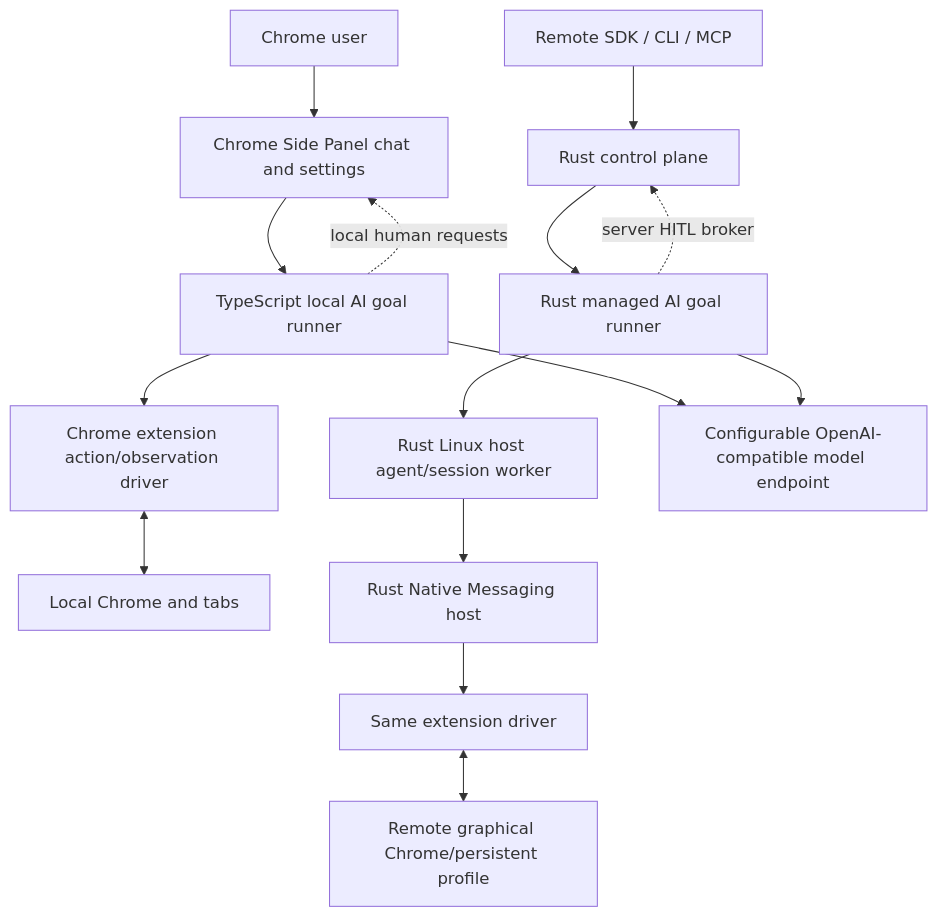
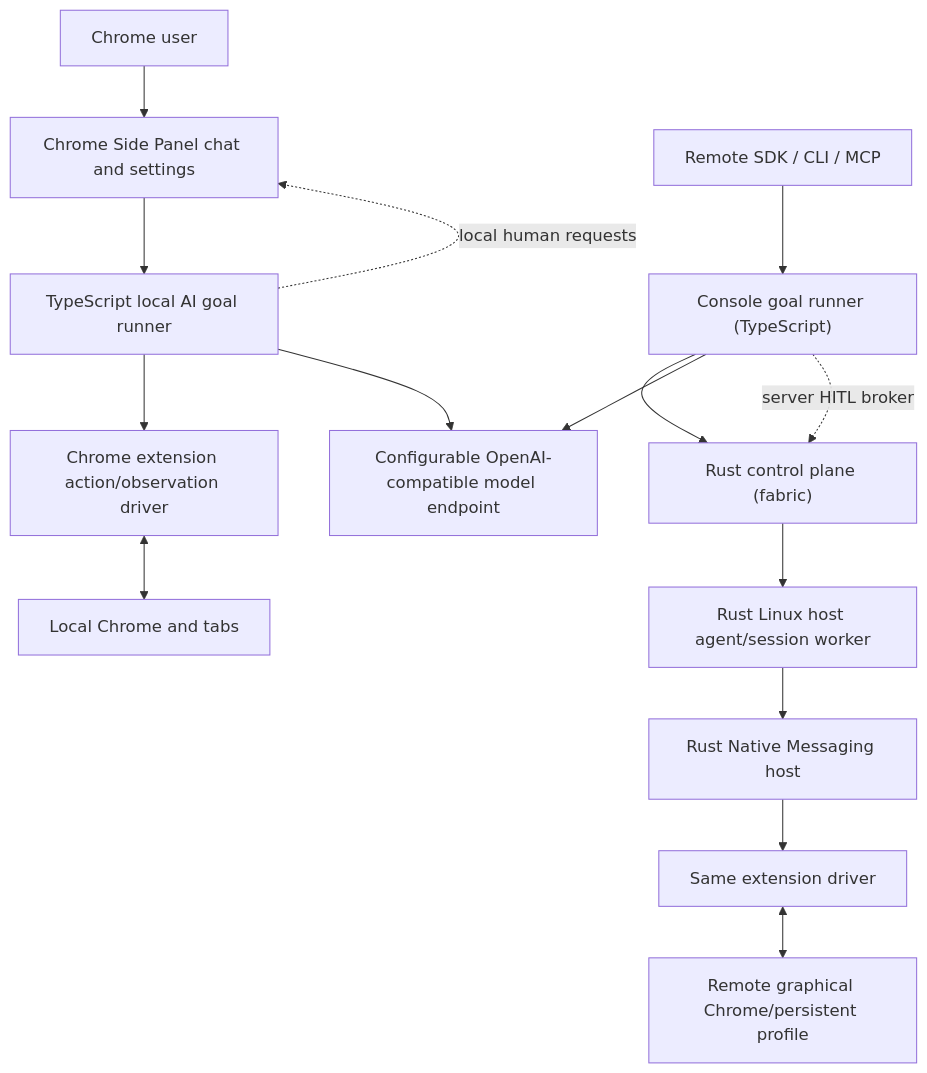
The third of 3 diagrams in VISION.MD (marinoscar/hexactra), drawn with Mermaid before and after one commit. The commit also changed other lines of this file and 8 other files, not shown here.

First line of the commit message:
docs: say the agent loop is the console's, record the decision

```diff
--- a/VISION.MD
+++ b/VISION.MD
@@ -1452,19 +1454,19 @@
 ~~~mermaid
 flowchart TB
   HUMAN["Chrome user"] --> PANEL["Chrome Side Panel chat and settings"]
   PANEL --> LOCAL["TypeScript local AI goal runner"]
   LOCAL --> EXT["Chrome extension action/observation driver"]
   EXT <--> CHROME["Local Chrome and tabs"]
 
-  CLIENT["Remote SDK / CLI / MCP"] --> CORE["Rust control plane"]
-  CORE --> MANAGED["Rust managed AI goal runner"]
-  MANAGED --> WORKER["Rust Linux host agent/session worker"]
+  CLIENT["Remote SDK / CLI / MCP"] --> MANAGED["Console goal runner (TypeScript)"]
+  MANAGED --> CORE["Rust control plane (fabric)"]
+  CORE --> WORKER["Rust Linux host agent/session worker"]
   WORKER --> NATIVE["Rust Native Messaging host"]
   NATIVE --> REXT["Same extension driver"]
   REXT <--> REMOTEBROWSER["Remote graphical Chrome/persistent profile"]
 
   LOCAL --> LLM["Configurable OpenAI-compatible model endpoint"]
   MANAGED --> LLM
   LOCAL -. "local human requests" .-> PANEL
   MANAGED -. "server HITL broker" .-> CORE
 ~~~
```
